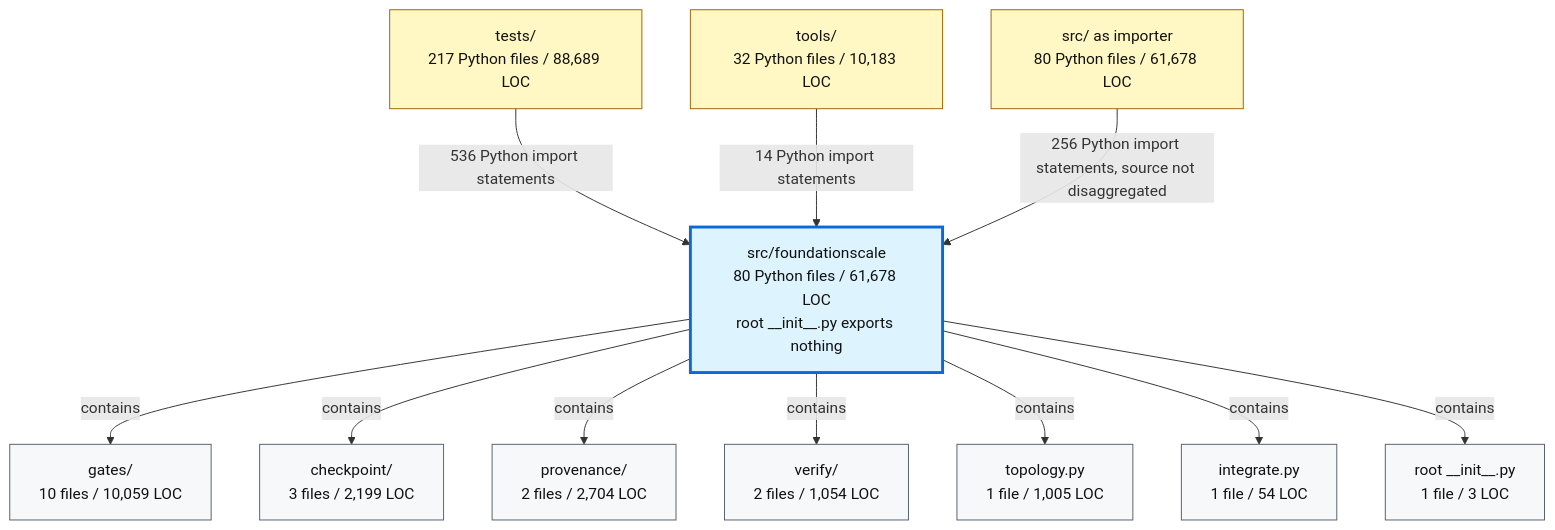
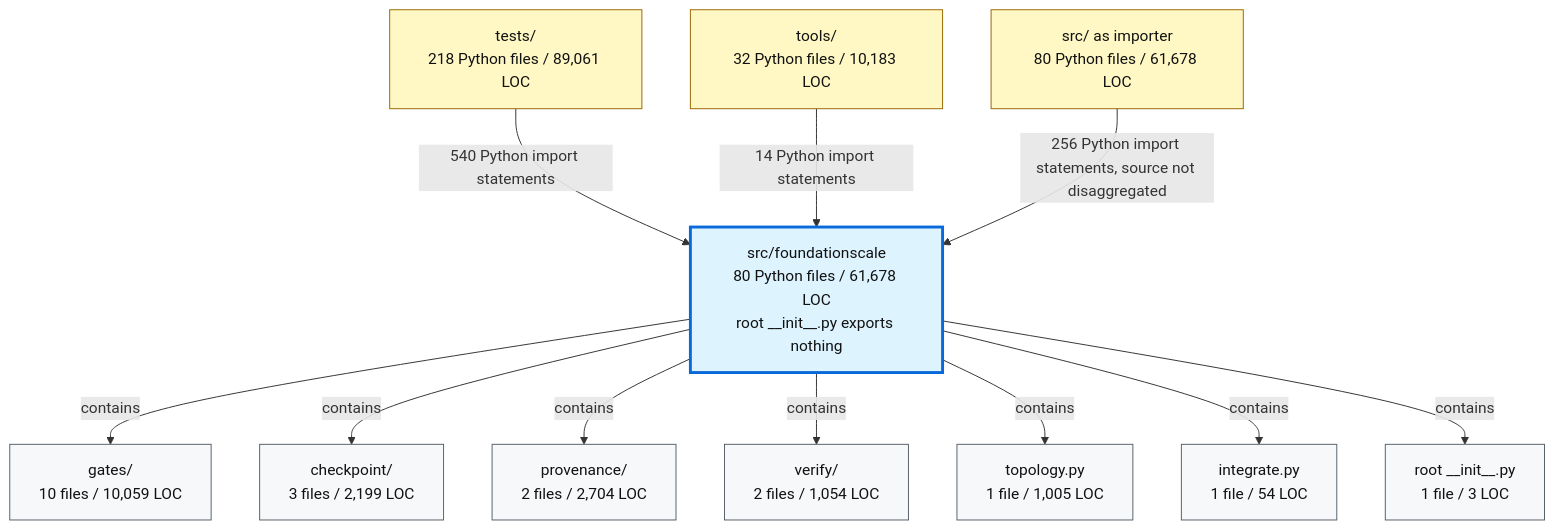
Before and after one commit to TranNhiem/FoundationScale: the second of 2 diagrams in docs/review/D2_current_architecture.md, drawn with Mermaid. The commit also changed 7 other files, not shown here.

````diff
--- a/docs/review/D2_current_architecture.md
+++ b/docs/review/D2_current_architecture.md
@@ -97,36 +97,36 @@
 ```mermaid
 flowchart TB
-  TESTS["tests/<br/>217 Python files / 88,689 LOC"]
+  TESTS["tests/<br/>218 Python files / 89,061 LOC"]
   TOOLS["tools/<br/>32 Python files / 10,183 LOC"]
   SRC["src/ as importer<br/>80 Python files / 61,678 LOC"]
 
   FS["src/foundationscale<br/>80 Python files / 61,678 LOC<br/>root __init__.py exports nothing"]
 
   GATES["gates/<br/>10 files / 10,059 LOC"]
   CKPT["checkpoint/<br/>3 files / 2,199 LOC"]
   PROV["provenance/<br/>2 files / 2,704 LOC"]
   VERIFY["verify/<br/>2 files / 1,054 LOC"]
   TOPO["topology.py<br/>1 file / 1,005 LOC"]
   INTEG["integrate.py<br/>1 file / 54 LOC"]
   ROOT["root __init__.py<br/>1 file / 3 LOC"]
 
-  TESTS -->|"536 Python import statements"| FS
+  TESTS -->|"540 Python import statements"| FS
   TOOLS -->|"14 Python import statements"| FS
   SRC -->|"256 Python import statements, source not disaggregated"| FS
 
   FS -->|"contains"| GATES
   FS -->|"contains"| CKPT
   FS -->|"contains"| PROV
   FS -->|"contains"| VERIFY
   FS -->|"contains"| TOPO
   FS -->|"contains"| INTEG
   FS -->|"contains"| ROOT
 
   classDef consumer fill:#fff8c5,stroke:#9a6700,color:#111;
   classDef package fill:#ddf4ff,stroke:#0969da,stroke-width:3px,color:#111;
   classDef module fill:#f6f8fa,stroke:#57606a,color:#111;
 
   class TESTS,TOOLS,SRC consumer;
   class FS package;
   class GATES,CKPT,PROV,VERIFY,TOPO,INTEG,ROOT module;
 ```
````
